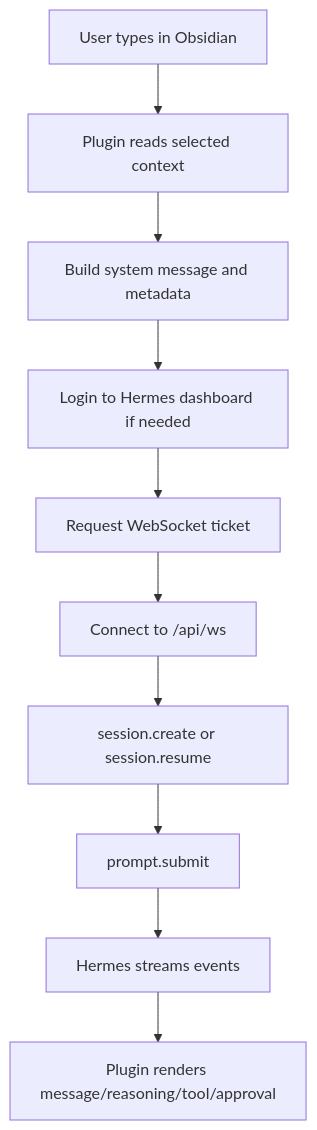
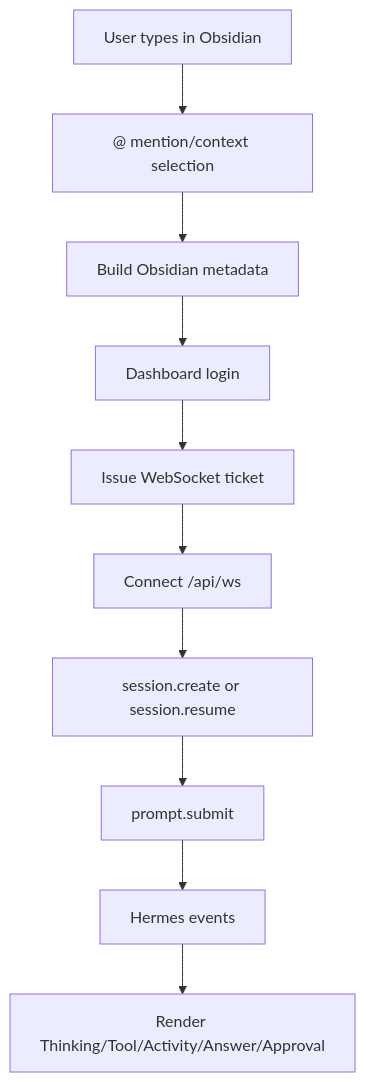
Before and after one commit to jeongu0569-ui/hermes-connection-obsidian-: the diagram in 설명.md, drawn with Mermaid. The commit also changed other lines of this file and 5 other files, not shown here.

````diff
--- a/설명.md
+++ b/설명.md
@@ -94,12 +97,12 @@
 ```mermaid
 flowchart TD
-  A["User types in Obsidian"] --> B["Plugin reads selected context"]
-  B --> C["Build system message and metadata"]
-  C --> D["Login to Hermes dashboard if needed"]
-  D --> E["Request WebSocket ticket"]
-  E --> F["Connect to /api/ws"]
+  A["User types in Obsidian"] --> B["@ mention/context selection"]
+  B --> C["Build Obsidian metadata"]
+  C --> D["Dashboard login"]
+  D --> E["Issue WebSocket ticket"]
+  E --> F["Connect /api/ws"]
   F --> G["session.create or session.resume"]
   G --> H["prompt.submit"]
-  H --> I["Hermes streams events"]
-  I --> J["Plugin renders message/reasoning/tool/approval"]
+  H --> I["Hermes events"]
+  I --> J["Render Thinking/Tool/Activity/Answer/Approval"]
 ```
````
